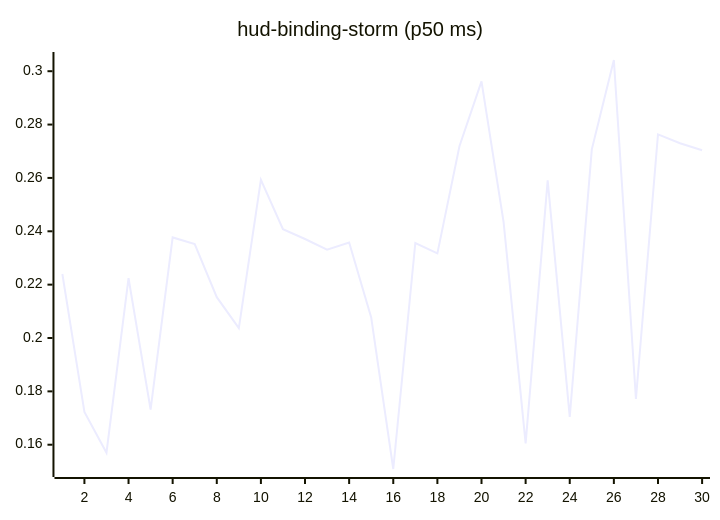
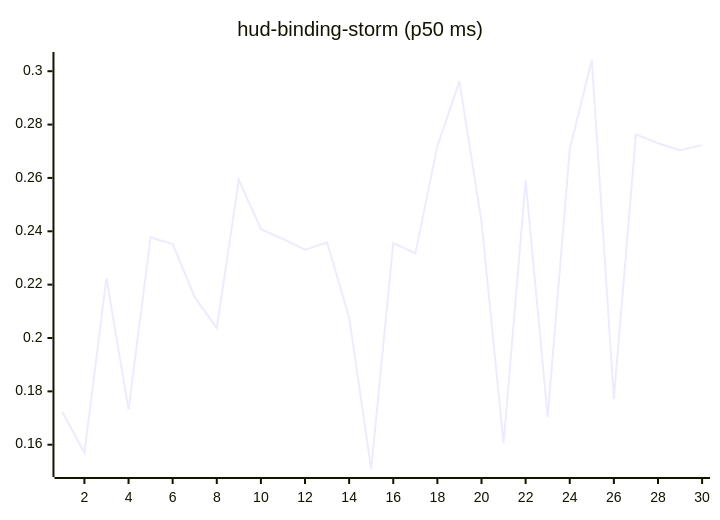
One commit to josha/Facet changed the tenth of 27 diagrams in README.md. Above: the diagram before and after it, drawn with Mermaid. The commit also changed other lines of this file and 2 other files, not shown here.

````diff
--- a/README.md
+++ b/README.md
@@ -126,6 +126,6 @@
 ```mermaid
 xychart-beta
     title "hud-binding-storm (p50 ms)"
     x-axis 1 --> 30
-    line [0.2240, 0.1723, 0.1570, 0.2224, 0.1732, 0.2377, 0.2352, 0.2153, 0.2037, 0.2593, 0.2408, 0.2371, 0.2331, 0.2358, 0.2077, 0.1509, 0.2356, 0.2317, 0.2719, 0.2962, 0.2435, 0.1605, 0.2591, 0.1704, 0.2707, 0.3042, 0.1772, 0.2763, 0.2730, 0.2704]
+    line [0.1723, 0.1570, 0.2224, 0.1732, 0.2377, 0.2352, 0.2153, 0.2037, 0.2593, 0.2408, 0.2371, 0.2331, 0.2358, 0.2077, 0.1509, 0.2356, 0.2317, 0.2719, 0.2962, 0.2435, 0.1605, 0.2591, 0.1704, 0.2707, 0.3042, 0.1772, 0.2763, 0.2730, 0.2704, 0.2723]
 ```
````
